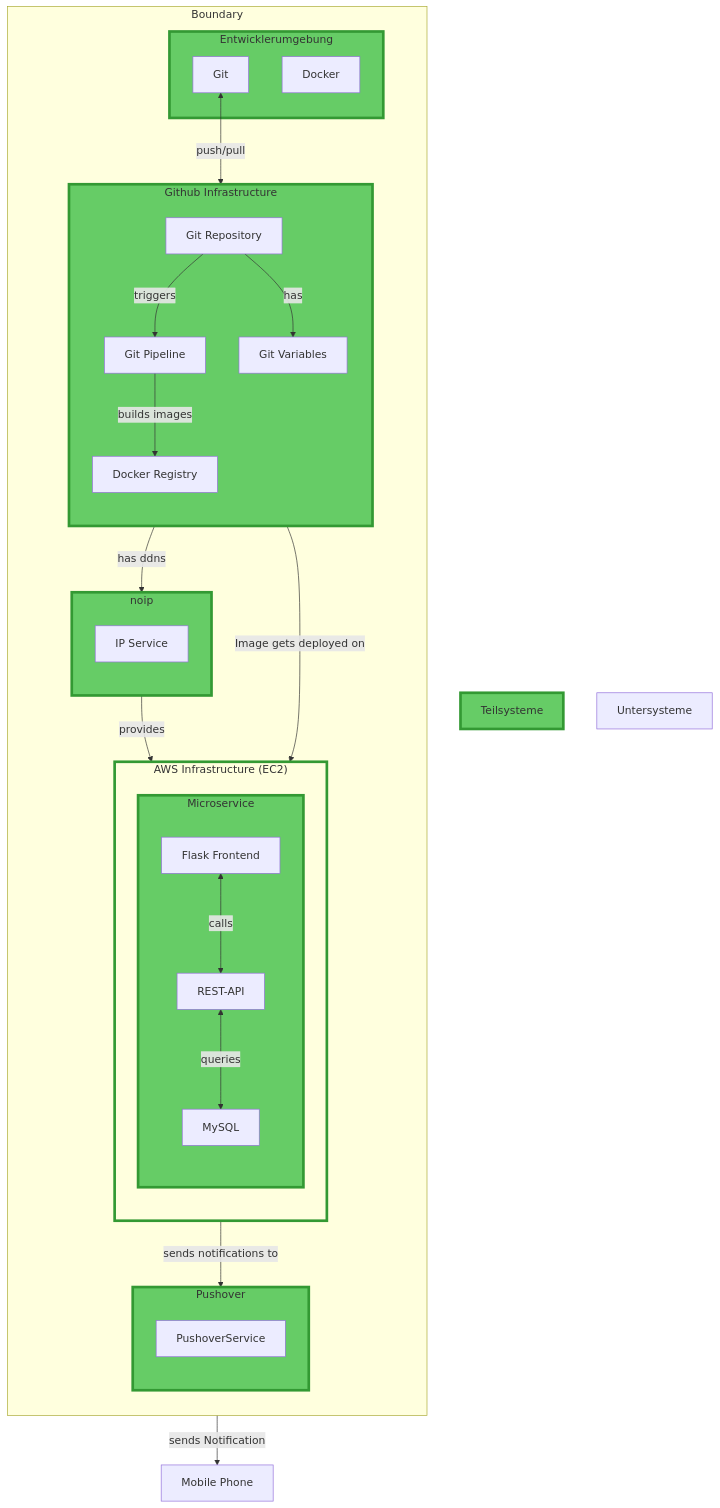
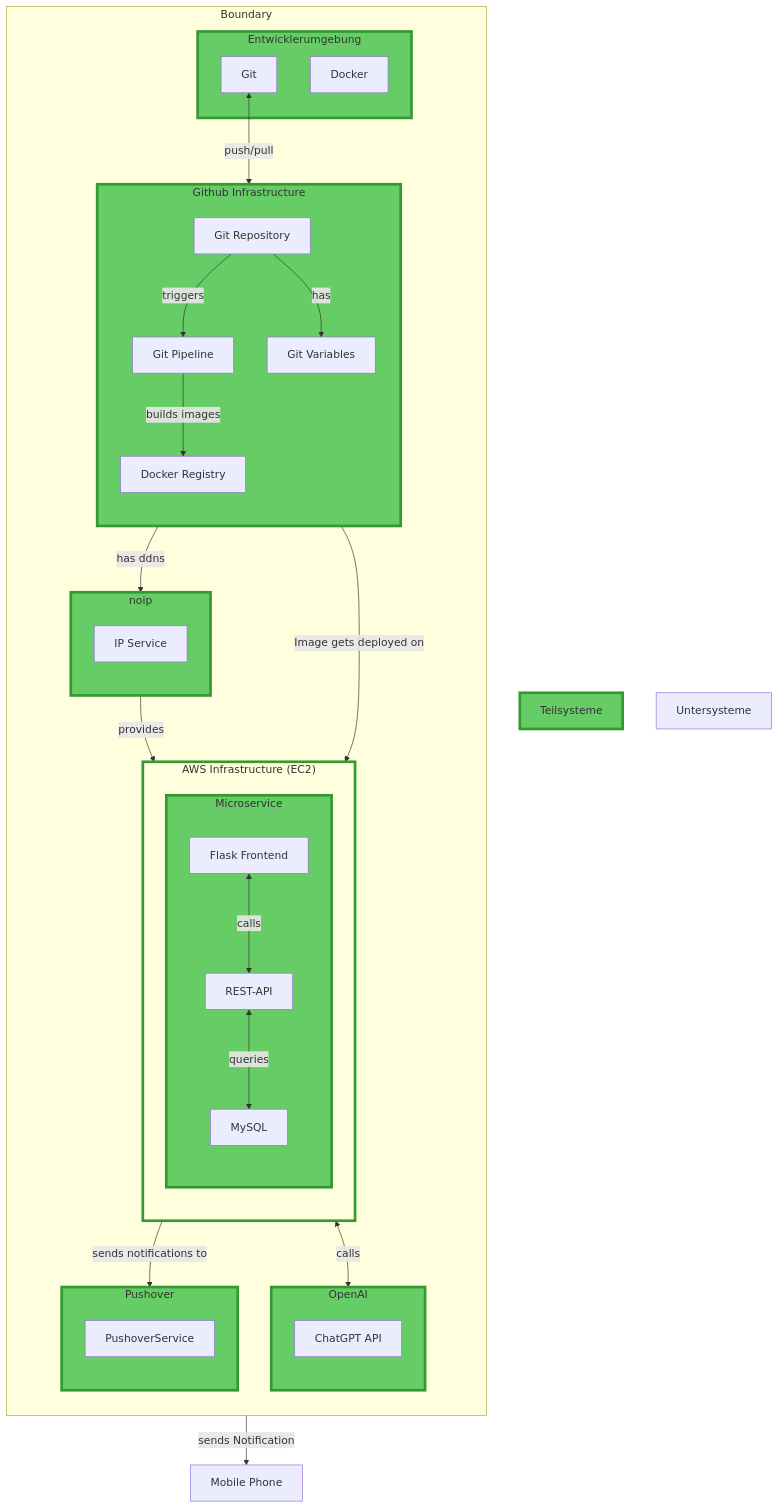
The second of 2 diagrams in docs/02_Plannung/seusag.md (danyambuehl/ITCNE23-SEM-Ill), drawn with Mermaid before and after one commit. The commit also changed other lines of this file and 6 other files, not shown here.

Commit message:
mermaid update and gitlab

````diff
--- a/docs/02_Plannung/seusag.md
+++ b/docs/02_Plannung/seusag.md
@@ -83,69 +84,76 @@
 ```mermaid
 flowchart TB
     %% Define the System Boundary
     subgraph Systemgrenze["Boundary"]
         direction TB
         %% Define Entwickler Block
         subgraph Entwicklerumgebung["Entwicklerumgebung"]
             Git
             Docker["Docker"]
         end
         %% Define AWS Infrastructure Block
         subgraph Infrastructure["AWS Infrastructure (EC2)"]
             direction TB
                     %% Define Microservices Block
         subgraph Microservices["Microservice"]
             direction TB
             FlaskFrontend["Flask Frontend"]
             RESTAPI["REST-API"]
             MySQL["MySQL"]
         end
         end
         %% Define Github Infrastructure Block
         subgraph Github_Infrastructure["Github Infrastructure"]
             direction TB
             GitRepository["Git Repository"]
             GitVariables["Git Variables"]
             GitPipeline["Git Pipeline"]
             Registry["Docker Registry"]
         end
         %% Define Pushover Block
         subgraph Pushover
             direction TB
             PushoverService
         end
+        %% Define OpenAI
+        subgraph OpenAI
+            direction TB
+            ChatGPTAPI["ChatGPT API"]
+        end
         %% Define noip Block
         subgraph noip
             direction TB
             IP["IP Service"]
         end
     end
 
     EndUser["Mobile Phone"]
 
     %% Define Columns
     Teilsysteme["Teilsysteme"]
     Untersysteme["Untersysteme"]
 
     %% Define Relationships
     FlaskFrontend <-->|calls| RESTAPI
     RESTAPI <-->|queries| MySQL
     GitPipeline -->|builds images| Registry
     GitRepository -->| triggers | GitPipeline
     GitRepository -->| has| GitVariables
     GitVariables -->| has ddns| noip
     noip -->| provides | Infrastructure
     Registry -->|Image gets deployed on | Infrastructure
     RESTAPI -->|sends notifications to| Pushover
     Pushover -->|sends Notification| EndUser
     Git <--> |push/pull| GitRepository
+    RESTAPI <--> |calls| ChatGPTAPI
 
     %% Define Styles
     style Entwicklerumgebung fill:#66cc66,stroke:#339933,stroke-width:4px
     style Microservices fill:#66cc66,stroke:#339933,stroke-width:4px
     style Github_Infrastructure fill:#66cc66,stroke:#339933,stroke-width:4px
     style Infrastructure fill:fill:#99e699,stroke:#339933,stroke-width:4px
     style Teilsysteme fill:#66cc66,stroke:#339933,stroke-width:4px
     style Pushover fill:#66cc66,stroke:#339933,stroke-width:4px
+    style OpenAI fill:#66cc66,stroke:#339933,stroke-width:4px
     style noip fill:#66cc66,stroke:#339933,stroke-width:4px
 ```
````
